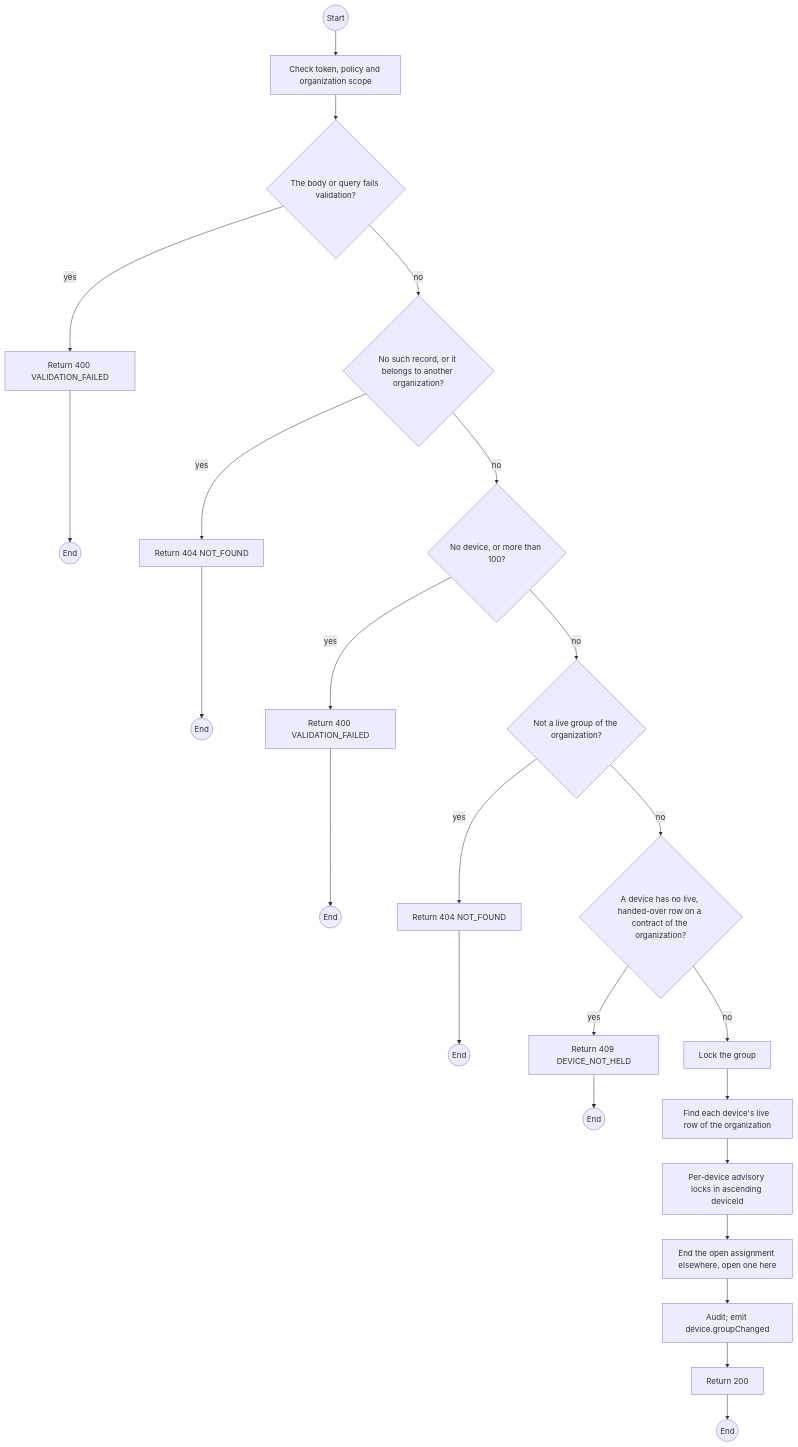
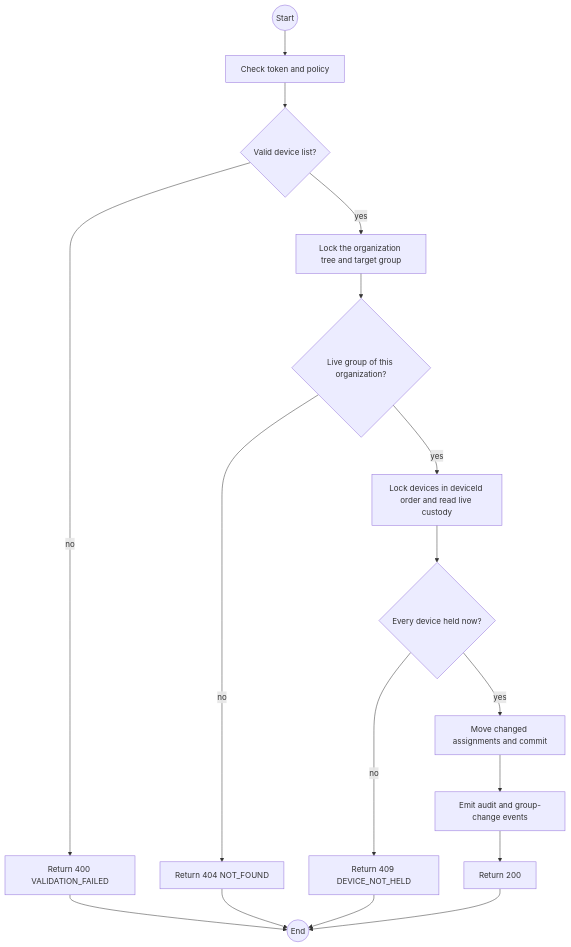
Before and after one commit to TrekLink-Team/treklink-web: the first of 2 diagrams in specs/rentals/api-design/26-post-groups-id-devices.md, drawn with Mermaid. The commit also changed other lines of this file and 28 other files, not shown here.

First line of the commit message:
feat(TK-189): add rental group assignments and custody hooks

````diff
--- a/specs/rentals/api-design/26-post-groups-id-devices.md
+++ b/specs/rentals/api-design/26-post-groups-id-devices.md
@@ -188,44 +188,19 @@
 ```mermaid
 flowchart TB
-    S((Start))
-    A0["Check token, policy and organization scope"]
-    S --> A0
-    D1{"The body or query fails validation?"}
-    A0 --> D1
-    E1["Return 400 VALIDATION_FAILED"]
-    D1 -->|yes| E1
-    E1 --> X1((End))
-    D2{"No such record, or it belongs to another organization?"}
-    D1 -->|no| D2
-    E2["Return 404 NOT_FOUND"]
-    D2 -->|yes| E2
-    E2 --> X2((End))
-    D3{"No device, or more than 100?"}
-    D2 -->|no| D3
-    E3["Return 400 VALIDATION_FAILED"]
-    D3 -->|yes| E3
-    E3 --> X3((End))
-    D4{"Not a live group of the organization?"}
-    D3 -->|no| D4
-    E4["Return 404 NOT_FOUND"]
-    D4 -->|yes| E4
-    E4 --> X4((End))
-    D5{"A device has no live, handed-over row on a contract of the organization?"}
-    D4 -->|no| D5
-    E5["Return 409 DEVICE_NOT_HELD"]
-    D5 -->|yes| E5
-    E5 --> X5((End))
-    P0["Lock the group"]
-    D5 -->|no| P0
-    P1["Find each device's live row of the organization"]
-    P0 --> P1
-    P2["Per-device advisory locks in ascending deviceId"]
-    P1 --> P2
-    P3["End the open assignment elsewhere, open one here"]
-    P2 --> P3
-    P4["Audit; emit device.groupChanged"]
-    P3 --> P4
-    OK["Return 200"]
-    P4 --> OK
-    OK --> Z((End))
+    S((Start)) --> A["Check token and policy"]
+    A --> B{"Valid device list?"}
+    B -->|no| E400["Return 400 VALIDATION_FAILED"]
+    B -->|yes| G["Lock the organization tree and target group"]
+    G --> L{"Live group of this organization?"}
+    L -->|no| E404["Return 404 NOT_FOUND"]
+    L -->|yes| D["Lock devices in deviceId order and read live custody"]
+    D --> H{"Every device held now?"}
+    H -->|no| E409["Return 409 DEVICE_NOT_HELD"]
+    H -->|yes| W["Move changed assignments and commit"]
+    W --> V["Emit audit and group-change events"]
+    V --> OK["Return 200"]
+    E400 --> Z((End))
+    E404 --> Z
+    E409 --> Z
+    OK --> Z
 ```
````
